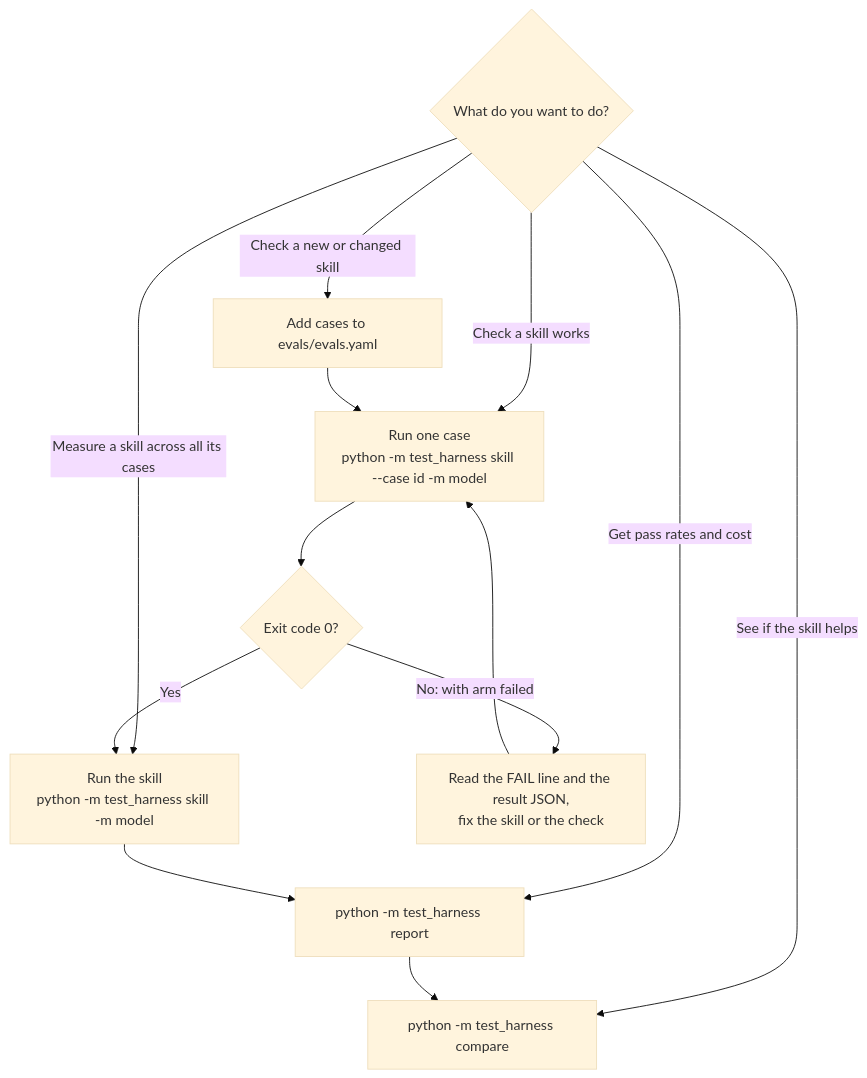
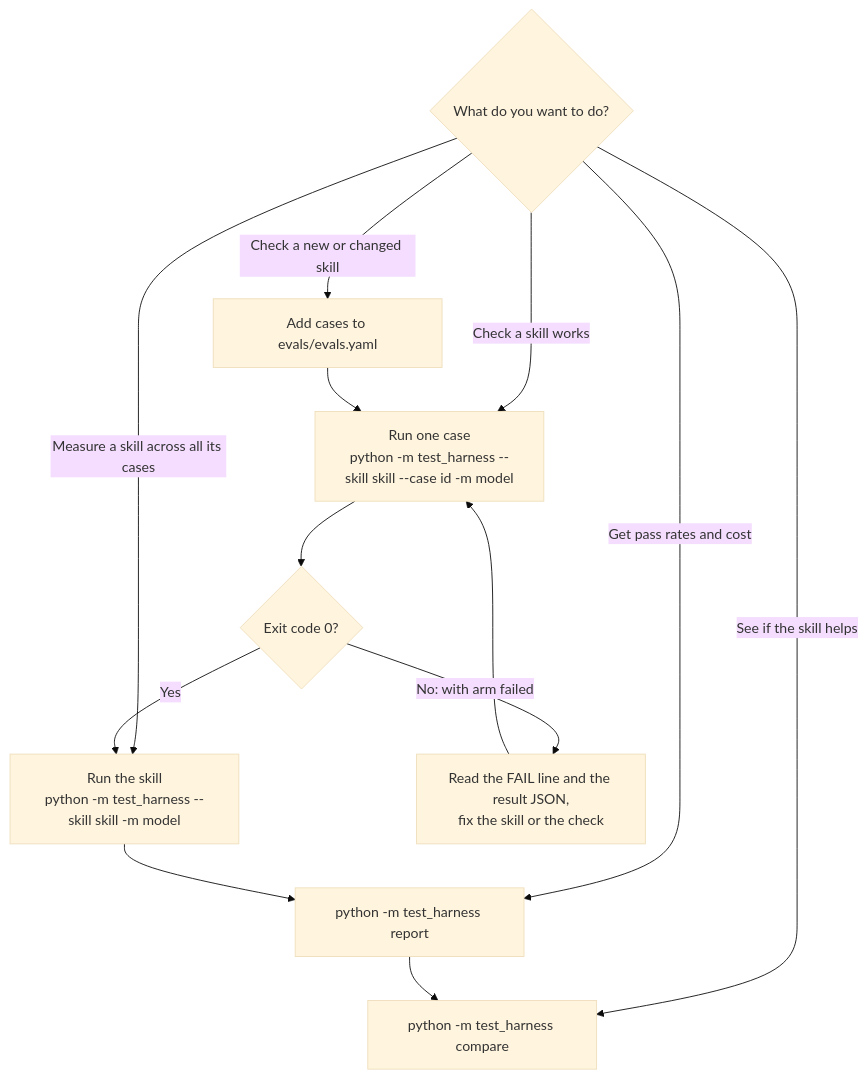
One commit to walliscode/skills changed the diagram in test_harness/README.md. Above: the diagram before and after it, drawn with Mermaid (base theme). The commit also changed other lines of this file and 9 other files, not shown here.

First line of the commit message:
Run one skill with --skill from any folder in the repo (#94)

````diff
--- a/test_harness/README.md
+++ b/test_harness/README.md
@@ -76,16 +76,16 @@
 ```mermaid
 flowchart TD
     start{What do you want to do?}
-    start -->|Check a skill works| run1[Run one case<br/>python -m test_harness skill --case id -m model]
-    start -->|Measure a skill across all its cases| run2[Run the skill<br/>python -m test_harness skill -m model]
+    start -->|Check a skill works| run1[Run one case<br/>python -m test_harness --skill skill --case id -m model]
+    start -->|Measure a skill across all its cases| run2[Run the skill<br/>python -m test_harness --skill skill -m model]
     start -->|Get pass rates and cost| report[python -m test_harness report]
     start -->|See if the skill helps| compare[python -m test_harness compare]
     start -->|Check a new or changed skill| add[Add cases to evals/evals.yaml]
     add --> run1
     run1 --> ok{Exit code 0?}
     ok -->|No: with arm failed| fix[Read the FAIL line and the result JSON,<br/>fix the skill or the check]
     fix --> run1
     ok -->|Yes| run2
     run2 --> report
     report --> compare
 ```
````
